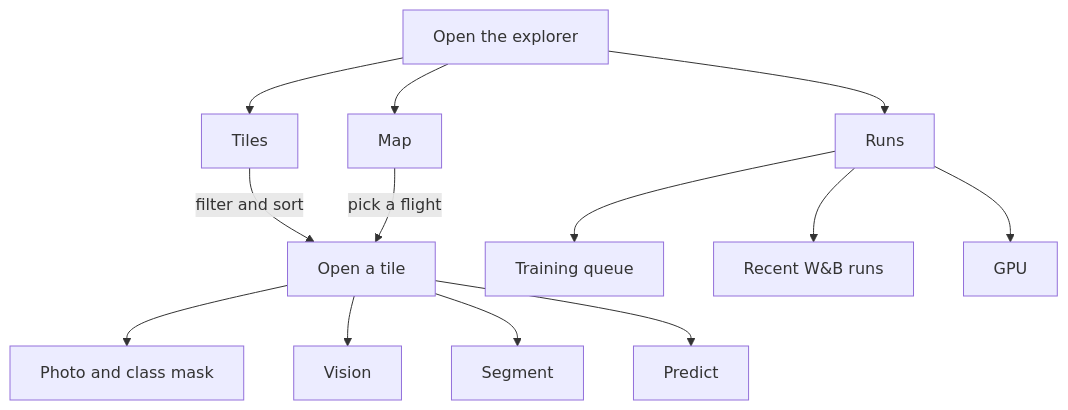
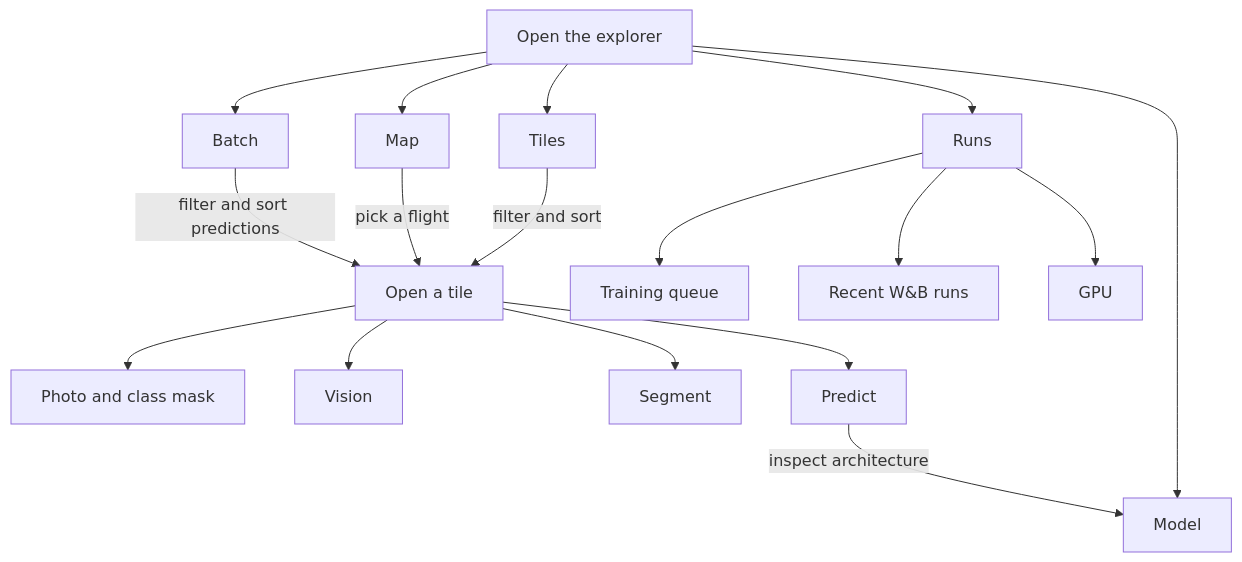
The diagram in explorer/README.md (Lillyakasiken/ai4good-neophytes), drawn with Mermaid before and after one commit. The commit also changed other lines of this file, not shown here.

````diff
--- a/explorer/README.md
+++ b/explorer/README.md
@@ -11,15 +11,19 @@
 ```mermaid
 flowchart TD
   page["Open the explorer"] --> tiles["Tiles"]
   page --> map["Map"]
+  page --> model["Model"]
+  page --> batch["Batch"]
+  page --> runs["Runs"]
   tiles -->|"filter and sort"| tile["Open a tile"]
   map -->|"pick a flight"| tile
+  batch -->|"filter and sort predictions"| tile
   tile --> photo["Photo and class mask"]
   tile --> vision["Vision"]
   tile --> segment["Segment"]
   tile --> predict["Predict"]
-  page --> runs["Runs"]
+  predict -->|"inspect architecture"| model
   runs --> queue["Training queue"]
   runs --> wandb["Recent W&B runs"]
   runs --> gpu["GPU"]
 ```
````
